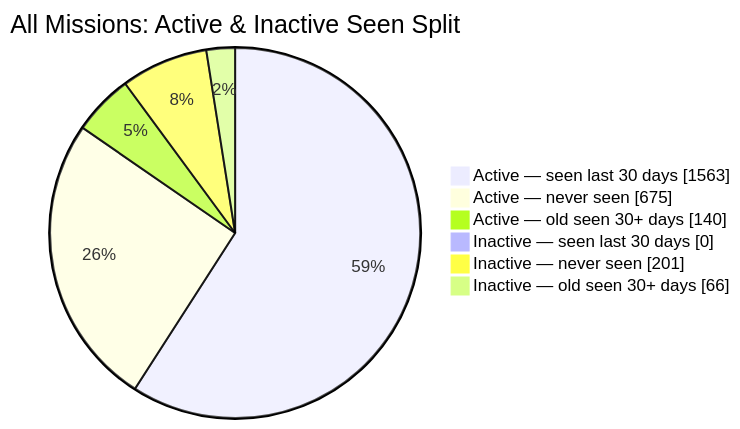
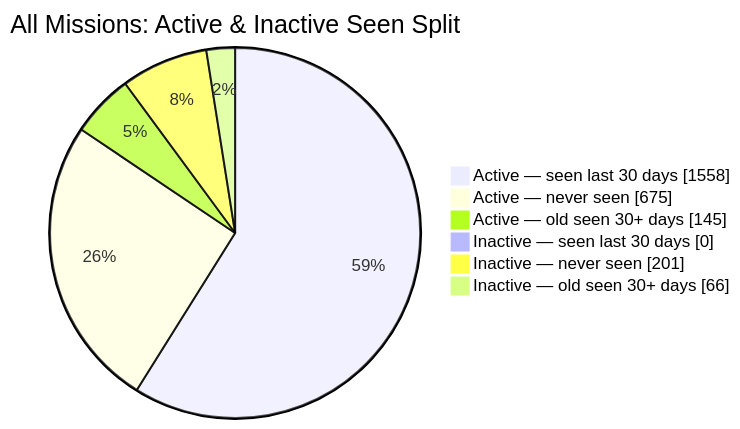
Before and after one commit to MeldkamerspelGameTeam/active-missions: the second of 2 diagrams in README.md, drawn with Mermaid. The commit also changed other lines of this file and 3 other files, not shown here.

````diff
--- a/README.md
+++ b/README.md
@@ -44,10 +44,10 @@
 ```mermaid
 pie showData
     title All Missions: Active & Inactive Seen Split
-    "Active — seen last 30 days" : 1563
+    "Active — seen last 30 days" : 1558
     "Active — never seen" : 675
-    "Active — old seen 30+ days" : 140
+    "Active — old seen 30+ days" : 145
     "Inactive — seen last 30 days" : 0
     "Inactive — never seen" : 201
     "Inactive — old seen 30+ days" : 66
 ```
````
